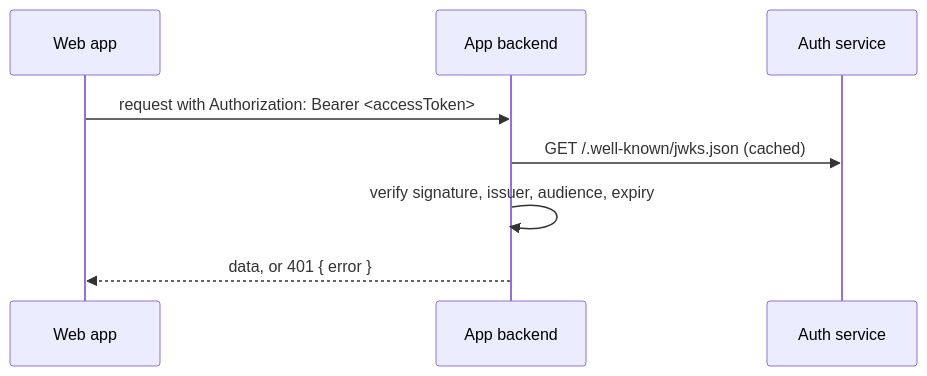
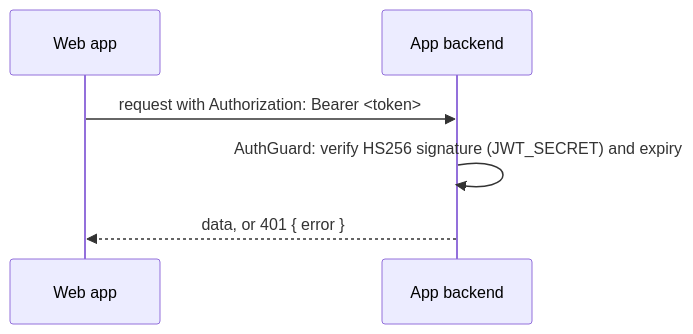
Before and after one commit to Basit787/my-app: the second of 2 diagrams in docs/auth/flow.md, drawn with Mermaid. The commit also changed other lines of this file and 243 other files, not shown here.

````diff
--- a/docs/auth/flow.md
+++ b/docs/auth/flow.md
@@ -22,10 +22,8 @@
 ```mermaid
 sequenceDiagram
     participant UI as Web app
     participant API as App backend
-    participant Auth as Auth service
-    UI->>API: request with Authorization: Bearer <accessToken>
-    API->>Auth: GET /.well-known/jwks.json (cached)
-    API->>API: verify signature, issuer, audience, expiry
+    UI->>API: request with Authorization: Bearer <token>
+    API->>API: AuthGuard: verify HS256 signature (JWT_SECRET) and expiry
     API-->>UI: data, or 401 { error }
 ```
````
